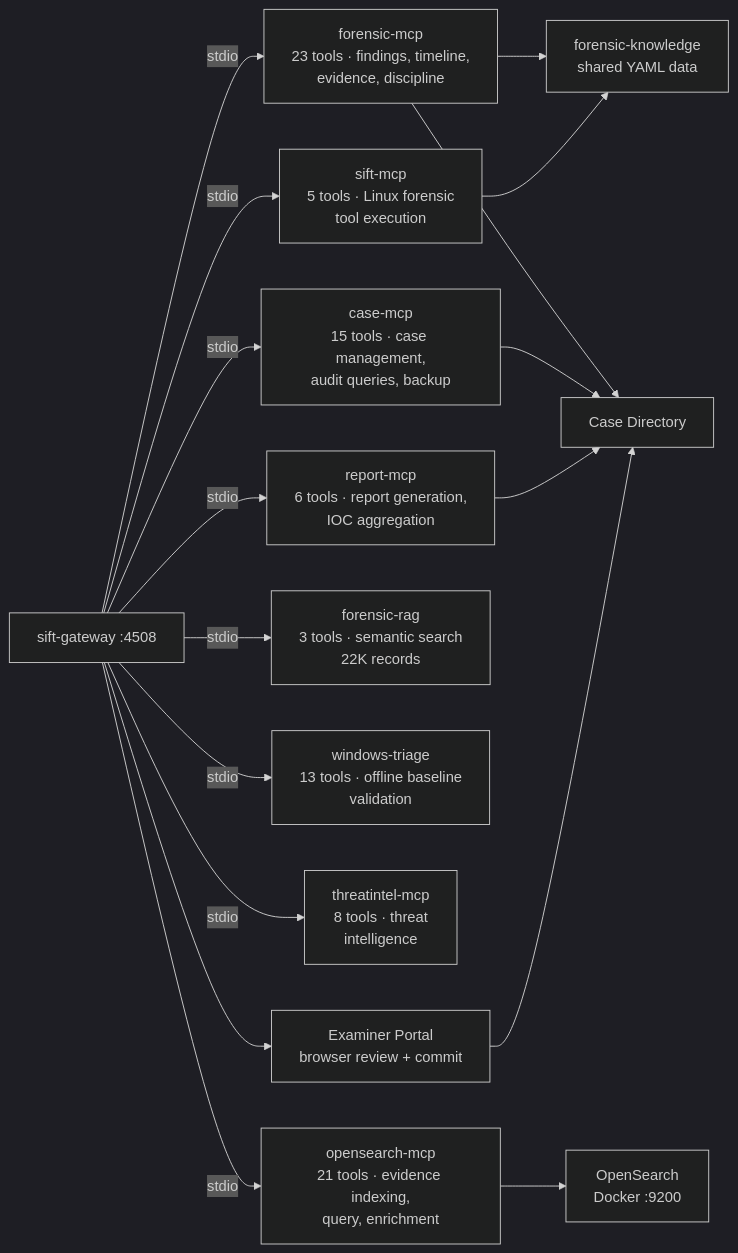
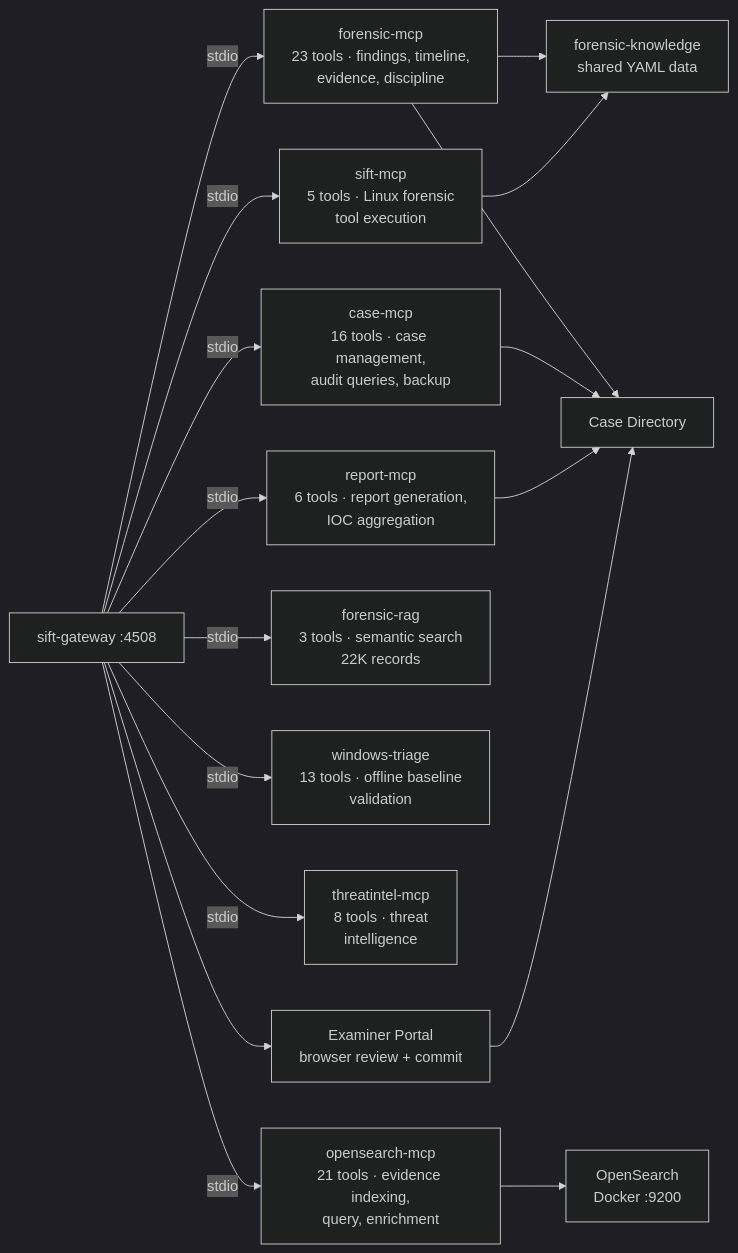
Before and after one commit to AppliedIR/Valhuntir: the second of 6 diagrams in README.md, drawn with Mermaid (dark theme). The commit also changed other lines of this file and 5 other files, not shown here.

````diff
--- a/README.md
+++ b/README.md
@@ -116,34 +116,34 @@
 ```mermaid
 graph LR
     GW["sift-gateway :4508"]
 
     FM["forensic-mcp<br/>23 tools · findings, timeline,<br/>evidence, discipline"]
-    CM["case-mcp<br/>15 tools · case management,<br/>audit queries, backup"]
+    CM["case-mcp<br/>16 tools · case management,<br/>audit queries, backup"]
     RM["report-mcp<br/>6 tools · report generation,<br/>IOC aggregation"]
     SM["sift-mcp<br/>5 tools · Linux forensic<br/>tool execution"]
     RAG["forensic-rag<br/>3 tools · semantic search<br/>22K records"]
     WT["windows-triage<br/>13 tools · offline baseline<br/>validation"]
     OC["threatintel-mcp<br/>8 tools · threat<br/>intelligence"]
     OS["opensearch-mcp<br/>21 tools · evidence indexing,<br/>query, enrichment"]
     CD["Examiner Portal<br/>browser review + commit"]
     FK["forensic-knowledge<br/>shared YAML data"]
     CASE["Case Directory"]
     OSD["OpenSearch<br/>Docker :9200"]
 
     GW -->|stdio| FM
     GW -->|stdio| CM
     GW -->|stdio| RM
     GW -->|stdio| SM
     GW -->|stdio| RAG
     GW -->|stdio| WT
     GW -->|stdio| OC
     GW -->|stdio| OS
     GW --> CD
     FM --> FK
     SM --> FK
     FM --> CASE
     CM --> CASE
     RM --> CASE
     CD --> CASE
     OS --> OSD
 ```
````
